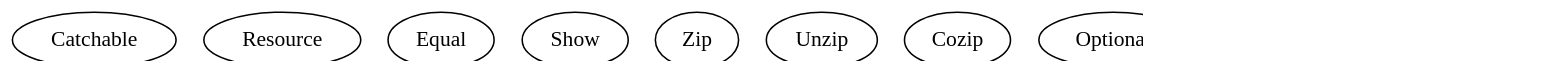
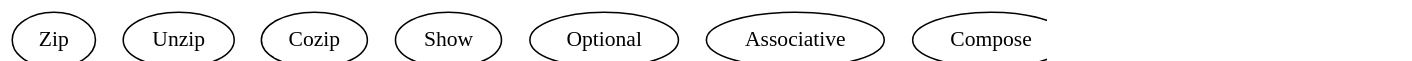
The fourth of 10 diagrams in manuscript/book.org (fommil/fpmortals), drawn with Graphviz before and after one commit. The commit also changed 1 other file, not shown here.

Commit message:
better alignment of classes

```diff
--- a/manuscript/book.org
+++ b/manuscript/book.org
@@ -3121,19 +3121,18 @@
 #+BEGIN_SRC dot :file images/scalaz-core-loners.png :exports results
 digraph G {
     graph [dpi=100, rankdir=BT];
     node [fontname=Hack];
 
     subgraph {
-        Catchable;
-        Resource;
-        Equal;
-        Show;
         Zip;
         Unzip;
         Cozip;
+        Show;
         Optional;
+        Associative;
         Compose;
-        Associative;
+        Resource;
+        Catchable;
     }
 }
 #+END_SRC
```
